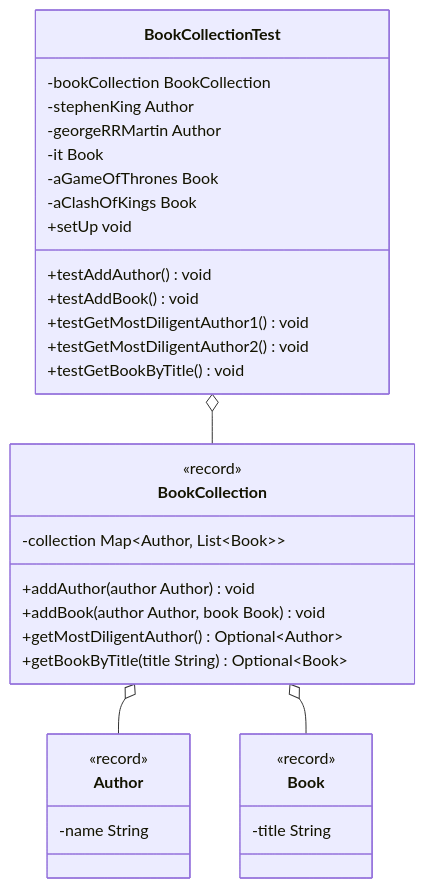
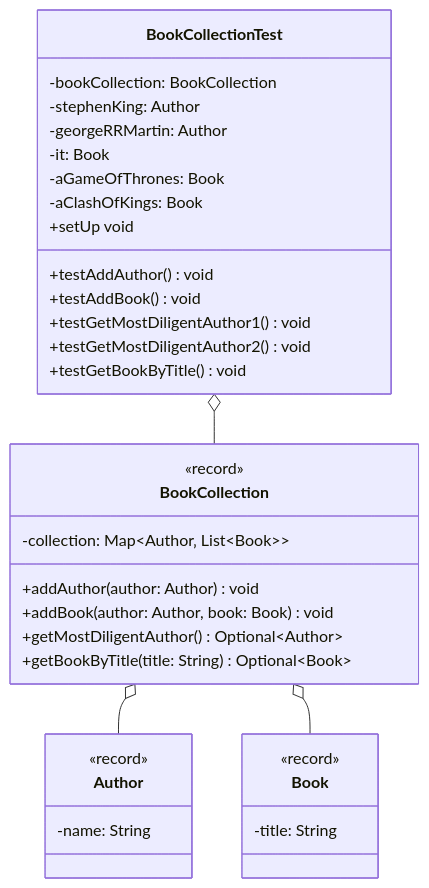
Before and after one commit to jappuccini/java-docs: the diagram in docs/exercises/unit-tests/unit-tests04.md, drawn with Mermaid. The commit also changed other lines of this file and 76 other files, not shown here.

Commit message:
uml fixes (colons, properties), headline fixes (italic) and exam result updates

````diff
--- a/docs/exercises/unit-tests/unit-tests04.md
+++ b/docs/exercises/unit-tests/unit-tests04.md
@@ -11,40 +11,40 @@
 ```mermaid
 classDiagram
     BookCollection o-- Author
     BookCollection o-- Book
     BookCollectionTest o-- BookCollection
 
     class Author {
         <<record>>
-        -name String
+        -name: String
     }
 
     class Book {
         <<record>>
-        -title String
+        -title: String
     }
 
     class BookCollection {
         <<record>>
-        -collection Map~Author&sbquo; List~Book~~
-        +addAuthor(author Author) void
-        +addBook(author Author, book Book) void
+        -collection: Map~Author&sbquo; List~Book~~
+        +addAuthor(author: Author) void
+        +addBook(author: Author, book: Book) void
         +getMostDiligentAuthor() Optional~Author~
-        +getBookByTitle(title String) Optional~Book~
+        +getBookByTitle(title: String) Optional~Book~
     }
 
     class BookCollectionTest {
-        -bookCollection BookCollection
-        -stephenKing Author
-        -georgeRRMartin Author
-        -it Book
-        -aGameOfThrones Book
-        -aClashOfKings Book
+        -bookCollection: BookCollection
+        -stephenKing: Author
+        -georgeRRMartin: Author
+        -it: Book
+        -aGameOfThrones: Book
+        -aClashOfKings: Book
         +setUp void
         +testAddAuthor() void
         +testAddBook() void
         +testGetMostDiligentAuthor1() void
         +testGetMostDiligentAuthor2() void
         +testGetBookByTitle() void
     }
 ```
````
